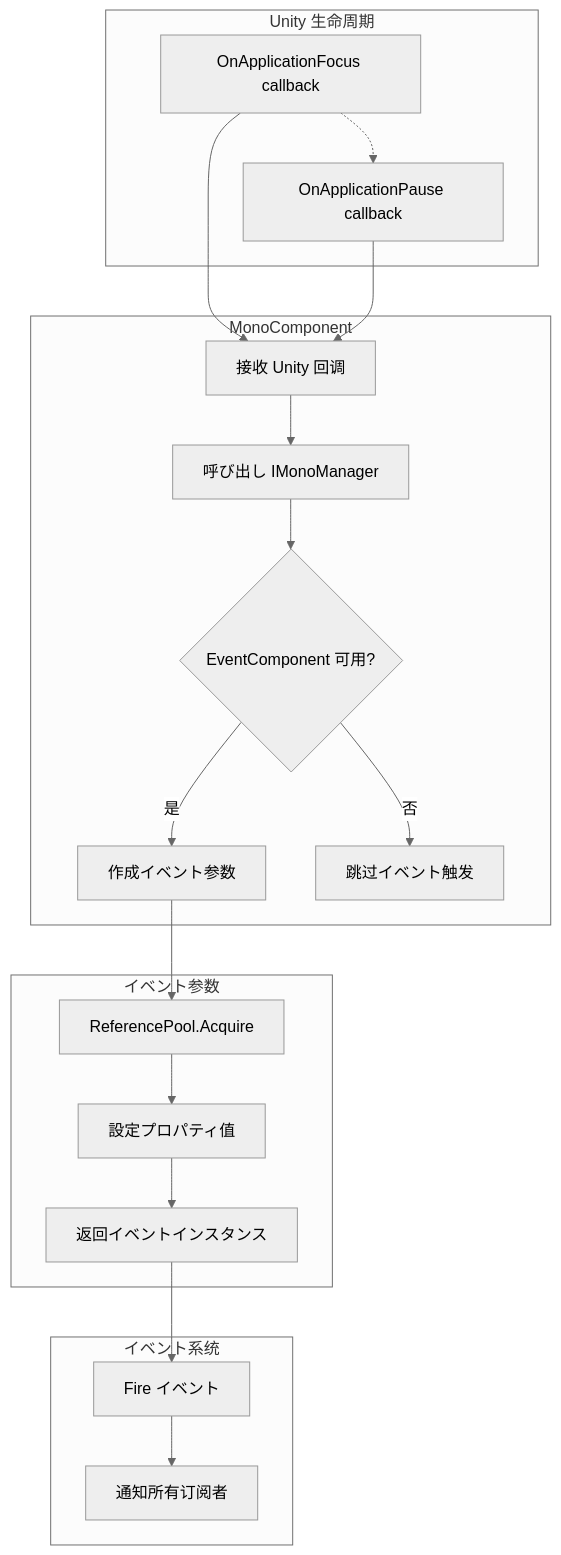
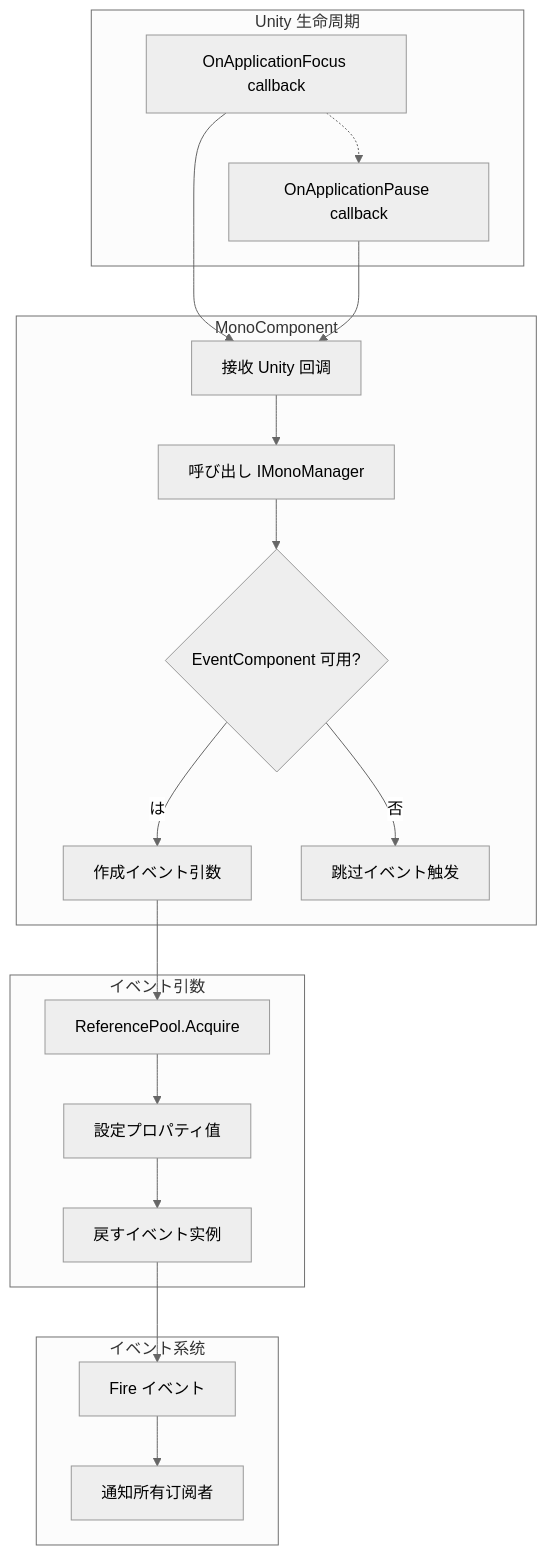
The second of 2 diagrams in docs/ja/client/unity/component/mono/05.event-args.md (AlianBlank/GameFrameX.Docs), drawn with Mermaid (neutral theme) before and after one commit. The commit also changed other lines of this file and 320 other files, not shown here.

````diff
--- a/docs/ja/client/unity/component/mono/05.event-args.md
+++ b/docs/ja/client/unity/component/mono/05.event-args.md
@@ -53,27 +53,27 @@
 ```mermaid
 flowchart TD
     subgraph Unity["Unity 生命周期"]
         UA[OnApplicationFocus callback] -.-> UB[OnApplicationPause callback]
     end
     
     subgraph MonoComponent["MonoComponent"]
         MC1[接收 Unity 回调] --> MC2[呼び出し IMonoManager]
         MC2 --> MC3{EventComponent 可用?}
-        MC3 -->|是| MC4[作成イベント参数]
+        MC3 -->|は| MC4[作成イベント引数]
         MC3 -->|否| MC5[跳过イベント触发]
     end
     
-    subgraph EventArgs["イベント参数"]
+    subgraph EventArgs["イベント引数"]
         EA1[ReferencePool.Acquire] --> EA2[設定プロパティ值]
-        EA2 --> EA3[返回イベントインスタンス]
+        EA2 --> EA3[戻すイベント实例]
     end
     
     subgraph EventSystem["イベント系统"]
         ES1[Fire イベント] --> ES2[通知所有订阅者]
     end
     
     UA --> MC1
     UB --> MC1
     MC4 --> EA1
     EA3 --> ES1
 ```
````
